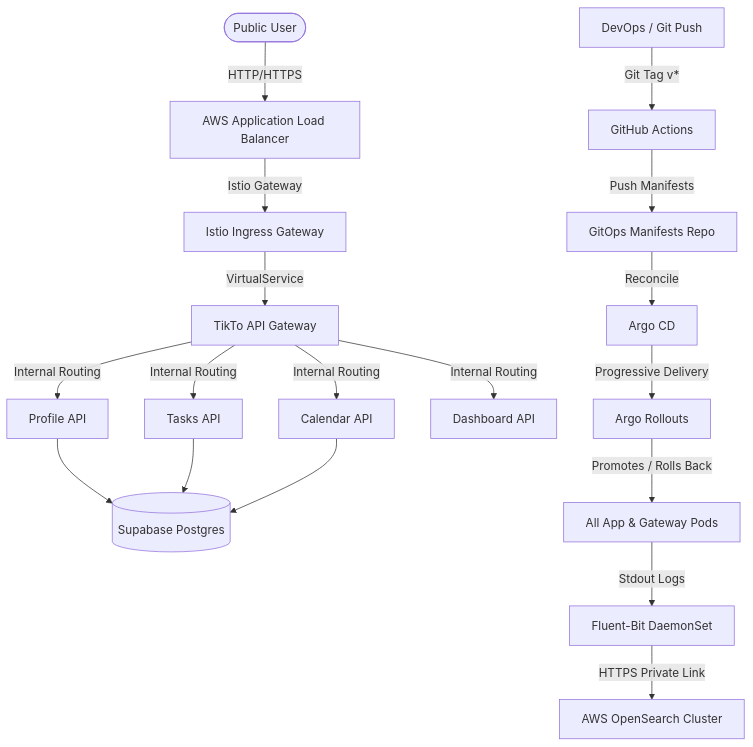
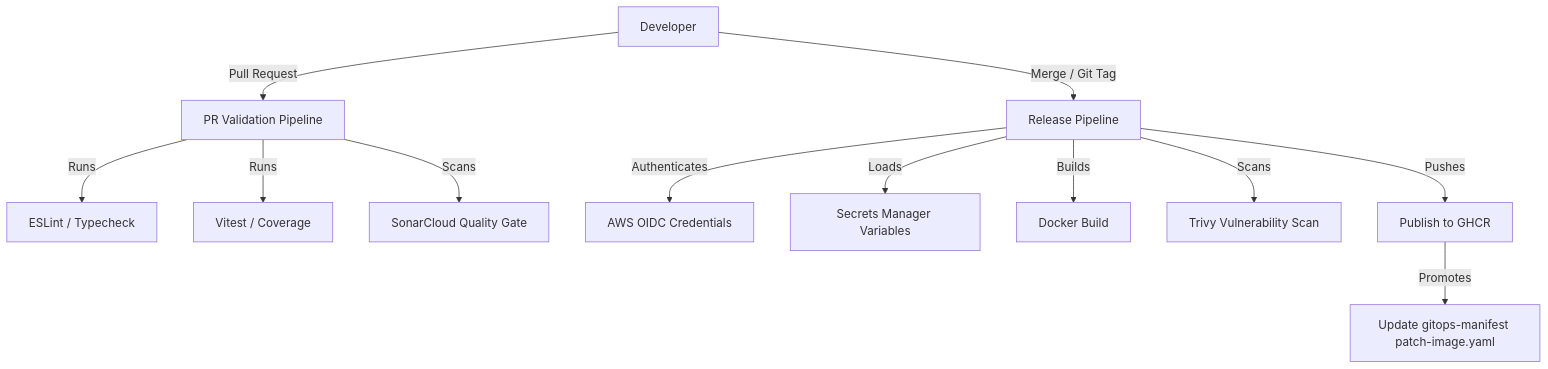
Before and after one commit to flavoriy/tikto: the diagram in README.md, drawn with Mermaid. The commit also changed other lines of this file, not shown here.

Commit message:
docs: update app-specific README with architecture and troubleshooting

````diff
--- a/README.md
+++ b/README.md
@@ -13,29 +18,15 @@
 ```mermaid
 flowchart TD
-    %% Traffic Ingress
-    User([Public User]) -->|HTTP/HTTPS| ALB[AWS Application Load Balancer]
-    ALB -->|Istio Gateway| Ingress[Istio Ingress Gateway]
-    Ingress -->|VirtualService| Gateway[TikTo API Gateway]
+    Developer[Developer] -->|Pull Request| PR[PR Validation Pipeline]
+    PR -->|Runs| Lint[ESLint / Typecheck]
+    PR -->|Runs| Test[Vitest / Coverage]
+    PR -->|Scans| Sonar[SonarCloud Quality Gate]
     
-    %% Gateway Routing to Microservices
-    Gateway -->|Internal Routing| Profile[Profile API]
-    Gateway -->|Internal Routing| Tasks[Tasks API]
-    Gateway -->|Internal Routing| Calendar[Calendar API]
-    Gateway -->|Internal Routing| Dashboard[Dashboard API]
-    
-    %% Database Layer
-    Profile --> DB[(Supabase Postgres)]
-    Tasks --> DB
-    Calendar --> DB
-    
-    %% Observability & Logs
-    Pods[All App & Gateway Pods] -->|Stdout Logs| FluentBit[Fluent-Bit DaemonSet]
-    FluentBit -->|HTTPS Private Link| OpenSearch[AWS OpenSearch Cluster]
-    
-    %% GitOps & Automation
-    Developer[DevOps / Git Push] -->|Git Tag v*| GitHub[GitHub Actions]
-    GitHub -->|Push Manifests| GitOpsRepo[GitOps Manifests Repo]
-    GitOpsRepo -->|Reconcile| ArgoCD[Argo CD]
-    ArgoCD -->|Progressive Delivery| ArgoRollouts[Argo Rollouts]
-    ArgoRollouts -->|Promotes / Rolls Back| Pods
+    Developer -->|Merge / Git Tag| Tag[Release Pipeline]
+    Tag -->|Authenticates| OIDC[AWS OIDC Credentials]
+    Tag -->|Loads| Secrets[Secrets Manager Variables]
+    Tag -->|Builds| Docker[Docker Build]
+    Tag -->|Scans| Trivy[Trivy Vulnerability Scan]
+    Tag -->|Pushes| GHCR[Publish to GHCR]
+    GHCR -->|Promotes| GitOps[Update gitops-manifest patch-image.yaml]
 ```
````
